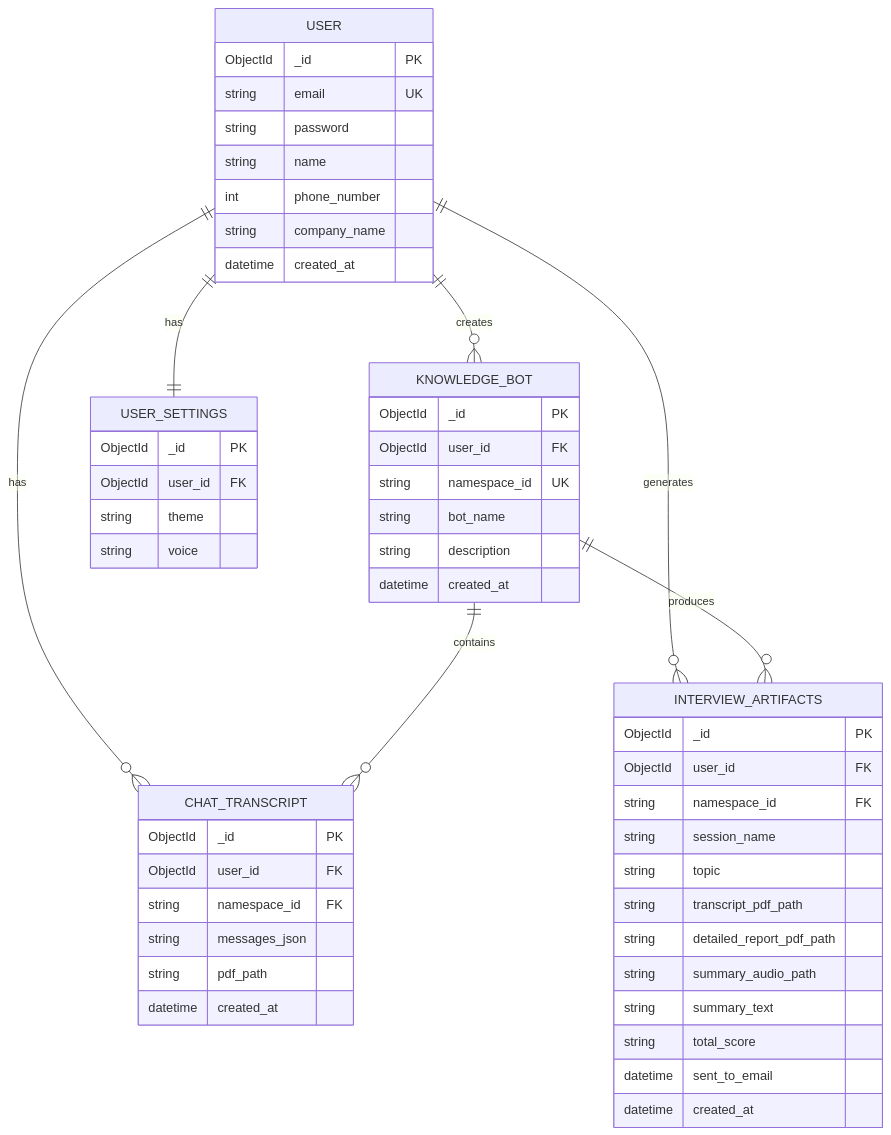
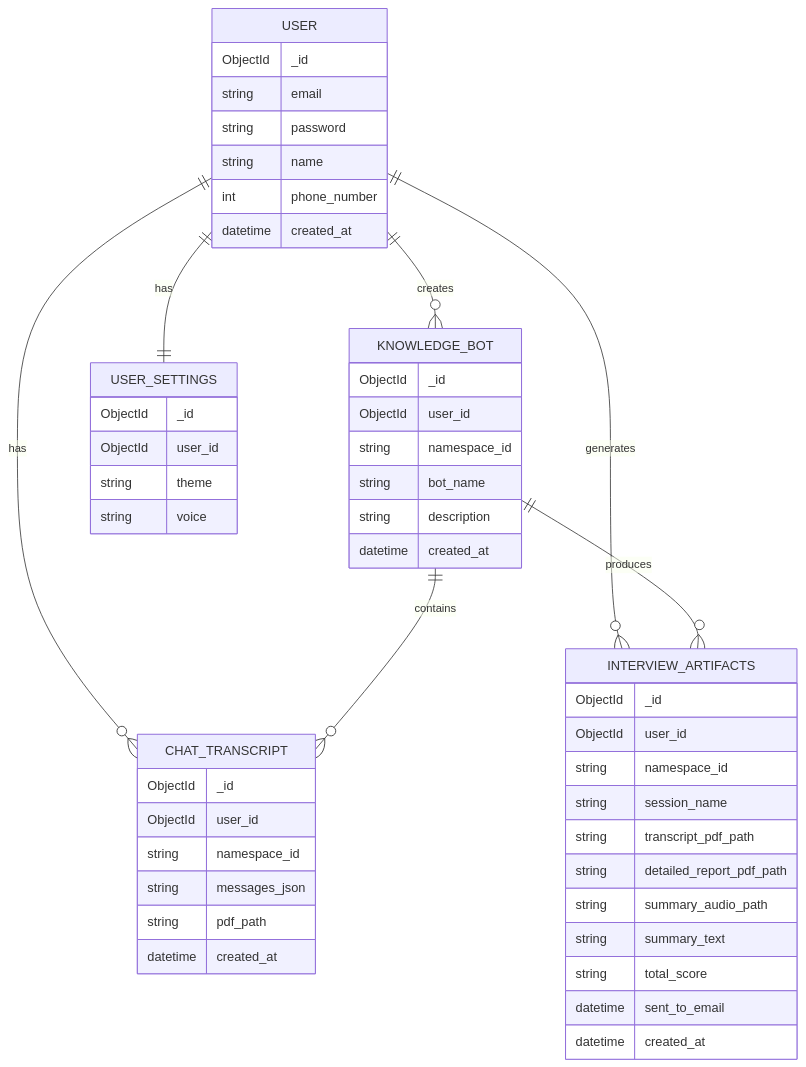
The seventh of 14 diagrams in ARCHITECTURE_DIAGRAM.md (Yandnyavalkya/JavaSherpa), drawn with Mermaid before and after one commit. The commit also changed other lines of this file and 29 other files, not shown here.

````diff
--- a/ARCHITECTURE_DIAGRAM.md
+++ b/ARCHITECTURE_DIAGRAM.md
@@ -309,60 +309,58 @@
 ```mermaid
 erDiagram
     USER ||--o{ KNOWLEDGE_BOT : creates
     USER ||--o{ CHAT_TRANSCRIPT : has
     USER ||--o{ INTERVIEW_ARTIFACTS : generates
     USER ||--|| USER_SETTINGS : has
     
     KNOWLEDGE_BOT ||--o{ CHAT_TRANSCRIPT : contains
     KNOWLEDGE_BOT ||--o{ INTERVIEW_ARTIFACTS : produces
     
     USER {
-        ObjectId _id PK
-        string email UK
+        ObjectId _id
+        string email
         string password
         string name
         int phone_number
-        string company_name
         datetime created_at
     }
     
     USER_SETTINGS {
-        ObjectId _id PK
-        ObjectId user_id FK
+        ObjectId _id
+        ObjectId user_id
         string theme
         string voice
     }
     
     KNOWLEDGE_BOT {
-        ObjectId _id PK
-        ObjectId user_id FK
-        string namespace_id UK
+        ObjectId _id
+        ObjectId user_id
+        string namespace_id
         string bot_name
         string description
         datetime created_at
     }
     
     CHAT_TRANSCRIPT {
-        ObjectId _id PK
-        ObjectId user_id FK
-        string namespace_id FK
+        ObjectId _id
+        ObjectId user_id
+        string namespace_id
         string messages_json
         string pdf_path
         datetime created_at
     }
     
     INTERVIEW_ARTIFACTS {
-        ObjectId _id PK
-        ObjectId user_id FK
-        string namespace_id FK
+        ObjectId _id
+        ObjectId user_id
+        string namespace_id
         string session_name
-        string topic
         string transcript_pdf_path
         string detailed_report_pdf_path
         string summary_audio_path
         string summary_text
         string total_score
         datetime sent_to_email
         datetime created_at
     }
 ```
````
